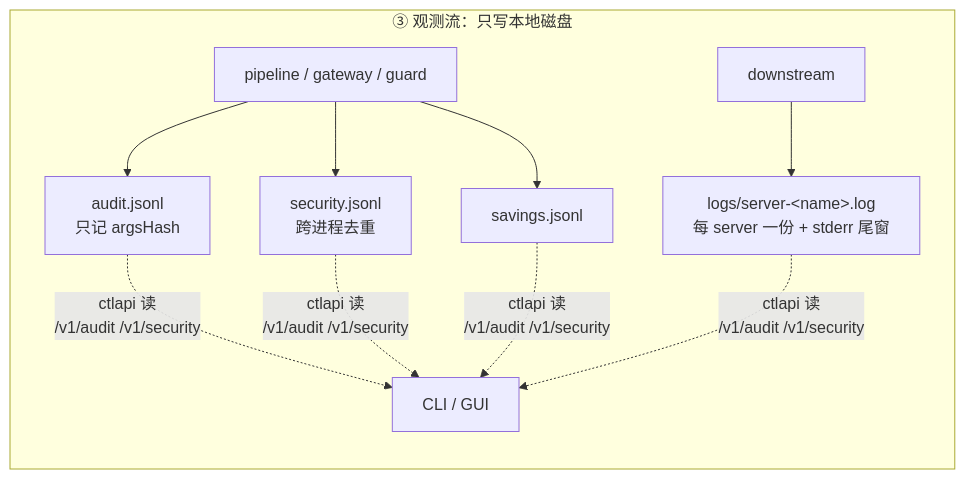
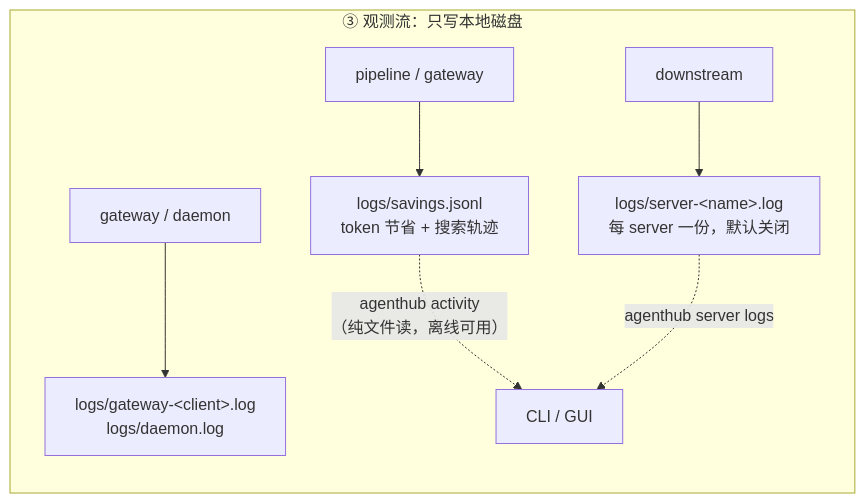
Before and after one commit to dinstein/agent-hub: the sixth of 8 diagrams in docs/zh-CN/architecture.md, drawn with Mermaid. The commit also changed other lines of this file and 15 other files, not shown here.

````diff
--- a/docs/zh-CN/architecture.md
+++ b/docs/zh-CN/architecture.md
@@ -245,10 +249,10 @@
 ```mermaid
 flowchart LR
     subgraph obs["③ 观测流：只写本地磁盘"]
-        P["pipeline / gateway / guard"] --> A1["audit.jsonl<br/>只记 argsHash"]
-        P --> A2["security.jsonl<br/>跨进程去重"]
-        P --> A3["savings.jsonl"]
-        DSX["downstream"] --> A4["logs/server-&lt;name&gt;.log<br/>每 server 一份 + stderr 尾窗"]
-        A1 & A2 & A3 & A4 -.->|"ctlapi 读<br/>/v1/audit /v1/security"| F["CLI / GUI"]
+        P["pipeline / gateway"] --> A3["logs/savings.jsonl<br/>token 节省 + 搜索轨迹"]
+        DSX["downstream"] --> A4["logs/server-&lt;name&gt;.log<br/>每 server 一份，默认关闭"]
+        GW["gateway / daemon"] --> A5["logs/gateway-&lt;client&gt;.log<br/>logs/daemon.log"]
+        A3 -.->|"agenthub activity<br/>（纯文件读，离线可用）"| F["CLI / GUI"]
+        A4 -.->|"agenthub server logs"| F
     end
 ```
````
